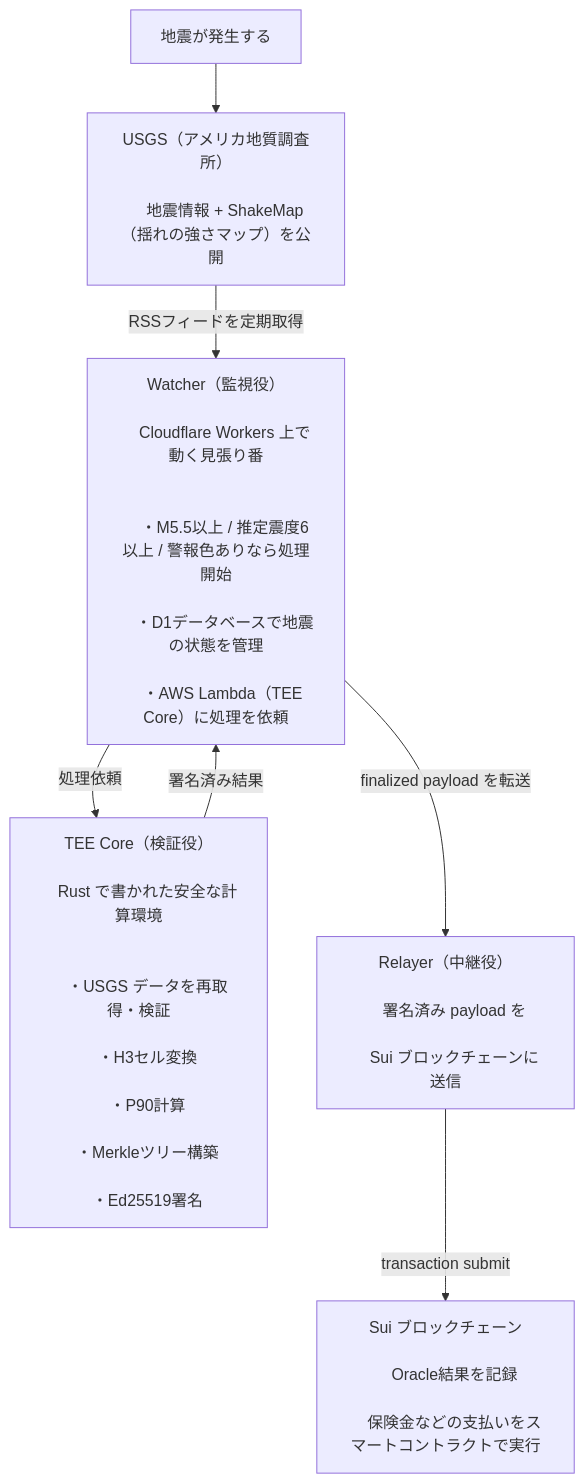
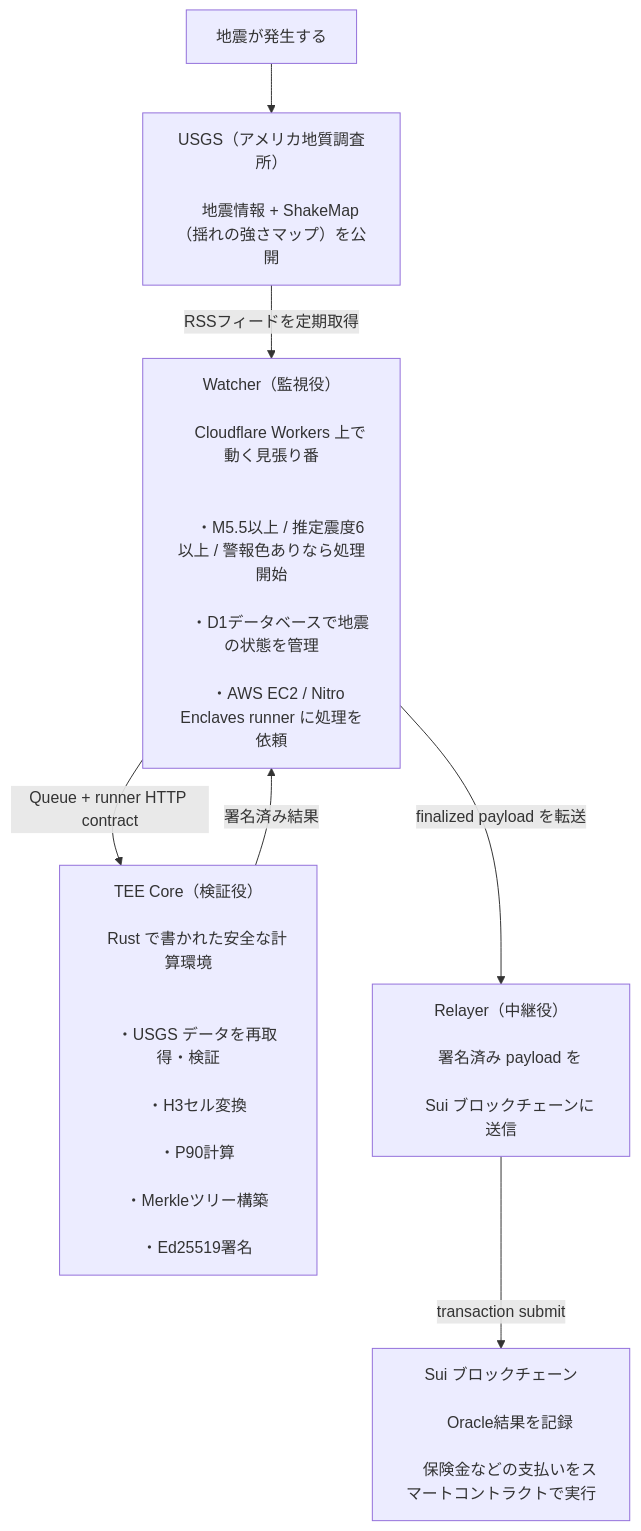
Before and after one commit to UnagiLabs/Sonari: the first of 2 diagrams in nautilus/verifiers/disaster/README.md, drawn with Mermaid. The commit also changed other lines of this file and 6 other files, not shown here.

````diff
--- a/nautilus/verifiers/disaster/README.md
+++ b/nautilus/verifiers/disaster/README.md
@@ -21,46 +21,46 @@
 ```mermaid
 flowchart TD
   quake[地震が発生する]
 
   usgs[
     USGS（アメリカ地質調査所）<br/>
     地震情報 + ShakeMap（揺れの強さマップ）を公開
   ]
 
   watcher[
     Watcher（監視役）<br/>
     Cloudflare Workers 上で動く見張り番<br/><br/>
     ・M5.5以上 / 推定震度6以上 / 警報色ありなら処理開始<br/>
     ・D1データベースで地震の状態を管理<br/>
-    ・AWS Lambda（TEE Core）に処理を依頼
+    ・AWS EC2 / Nitro Enclaves runner に処理を依頼
   ]
 
   tee[
     TEE Core（検証役）<br/>
     Rust で書かれた安全な計算環境<br/><br/>
     ・USGS データを再取得・検証<br/>
     ・H3セル変換<br/>
     ・P90計算<br/>
     ・Merkleツリー構築<br/>
     ・Ed25519署名
   ]
 
   relayer[
     Relayer（中継役）<br/>
     署名済み payload を<br/>
     Sui ブロックチェーンに送信
   ]
 
   sui[
     Sui ブロックチェーン<br/>
     Oracle結果を記録<br/>
     保険金などの支払いをスマートコントラクトで実行
   ]
 
   quake --> usgs
   usgs -->|RSSフィードを定期取得| watcher
-  watcher -->|処理依頼| tee
+  watcher -->|Queue + runner HTTP contract| tee
   tee -->|署名済み結果| watcher
   watcher -->|finalized payload を転送| relayer
   relayer -->|transaction submit| sui
 ```
````
